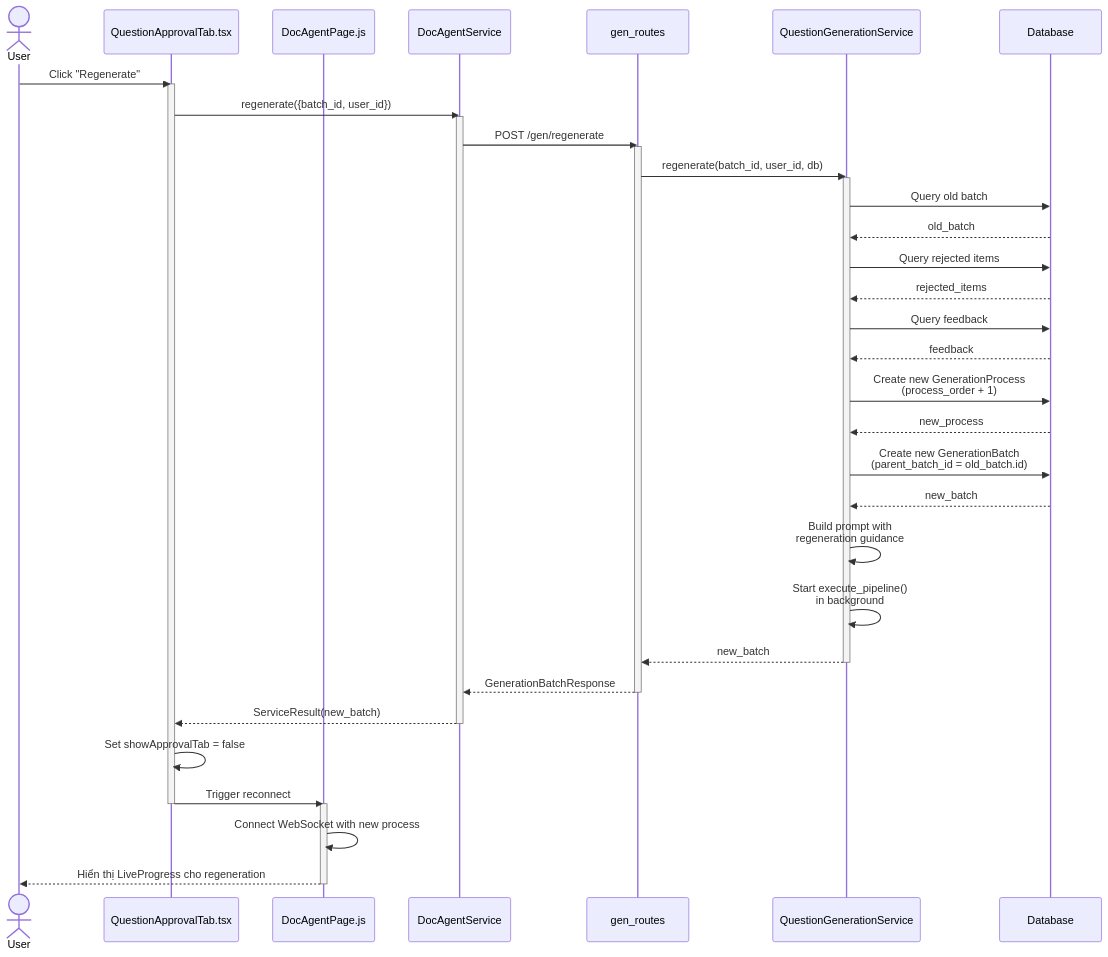
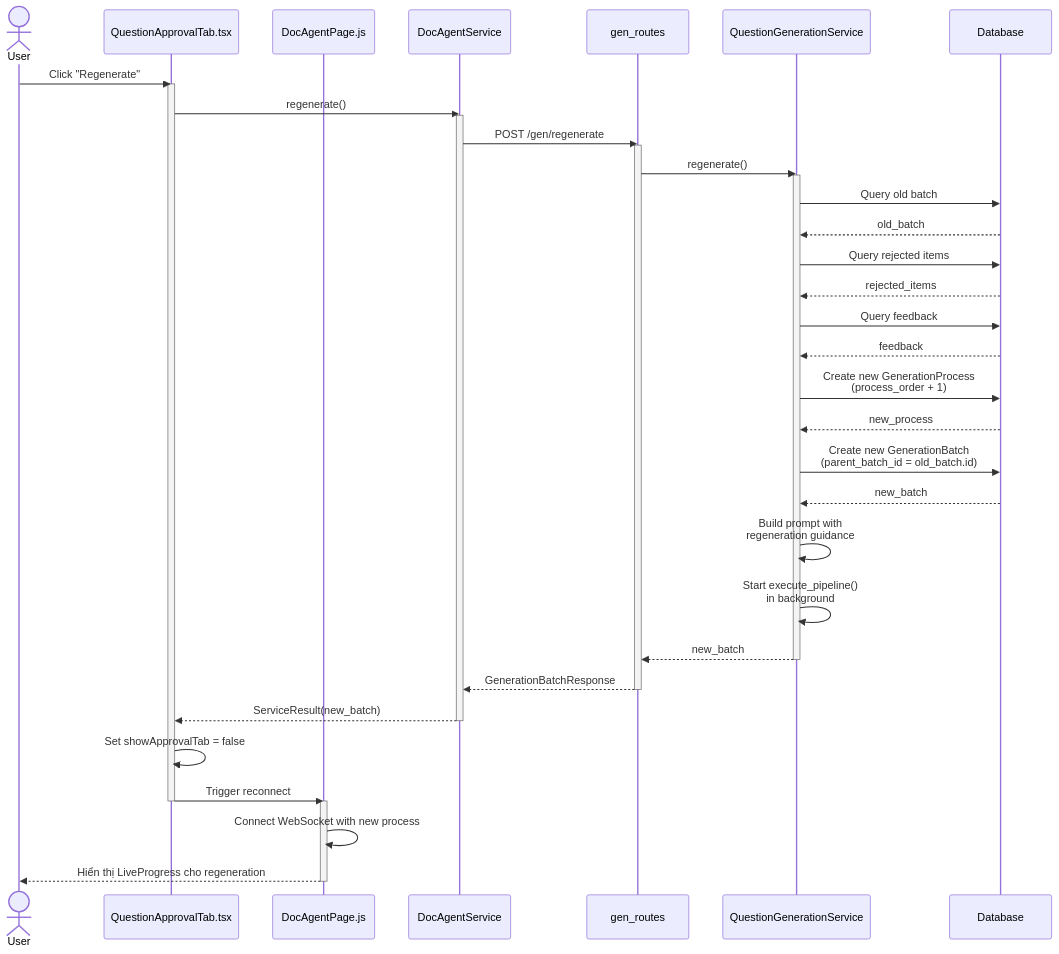
Diagram 12 of 12 in generation/4_generation_batch_seq.md (mduc-2610/gp_doc), drawn with Mermaid before and after one commit. The commit also changed other lines of this file and 10 other files, not shown here.

````diff
--- a/generation/4_generation_batch_seq.md
+++ b/generation/4_generation_batch_seq.md
@@ -453,57 +980,57 @@
 ```mermaid
 sequenceDiagram
     actor User
     participant QuestionApprovalTab as QuestionApprovalTab.tsx
     participant DocAgentPage as DocAgentPage.js
     participant DocAgentService as DocAgentService
     participant GenRoutes as gen_routes
     participant QuestionGenService as QuestionGenerationService
     participant DB as Database
 
     User->>QuestionApprovalTab: Click "Regenerate"
     activate QuestionApprovalTab
     
-    QuestionApprovalTab->>DocAgentService: regenerate({batch_id, user_id})
+    QuestionApprovalTab->>DocAgentService: regenerate()
     activate DocAgentService
     DocAgentService->>GenRoutes: POST /gen/regenerate
     activate GenRoutes
     
-    GenRoutes->>QuestionGenService: regenerate(batch_id, user_id, db)
+    GenRoutes->>QuestionGenService: regenerate()
     activate QuestionGenService
     
     QuestionGenService->>DB: Query old batch
     DB-->>QuestionGenService: old_batch
     
     QuestionGenService->>DB: Query rejected items
     DB-->>QuestionGenService: rejected_items
     
     QuestionGenService->>DB: Query feedback
     DB-->>QuestionGenService: feedback
     
     QuestionGenService->>DB: Create new GenerationProcess<br/>(process_order + 1)
     DB-->>QuestionGenService: new_process
     
     QuestionGenService->>DB: Create new GenerationBatch<br/>(parent_batch_id = old_batch.id)
     DB-->>QuestionGenService: new_batch
     
     QuestionGenService->>QuestionGenService: Build prompt with<br/>regeneration guidance
     
     QuestionGenService->>QuestionGenService: Start execute_pipeline()<br/>in background
     
     QuestionGenService-->>GenRoutes: new_batch
     deactivate QuestionGenService
     
     GenRoutes-->>DocAgentService: GenerationBatchResponse
     deactivate GenRoutes
     DocAgentService-->>QuestionApprovalTab: ServiceResult(new_batch)
     deactivate DocAgentService
     
     QuestionApprovalTab->>QuestionApprovalTab: Set showApprovalTab = false
     QuestionApprovalTab->>DocAgentPage: Trigger reconnect
     deactivate QuestionApprovalTab
     
     activate DocAgentPage
     DocAgentPage->>DocAgentPage: Connect WebSocket with new process
     DocAgentPage-->>User: Hiển thị LiveProgress cho regeneration
     deactivate DocAgentPage
 ```
````
